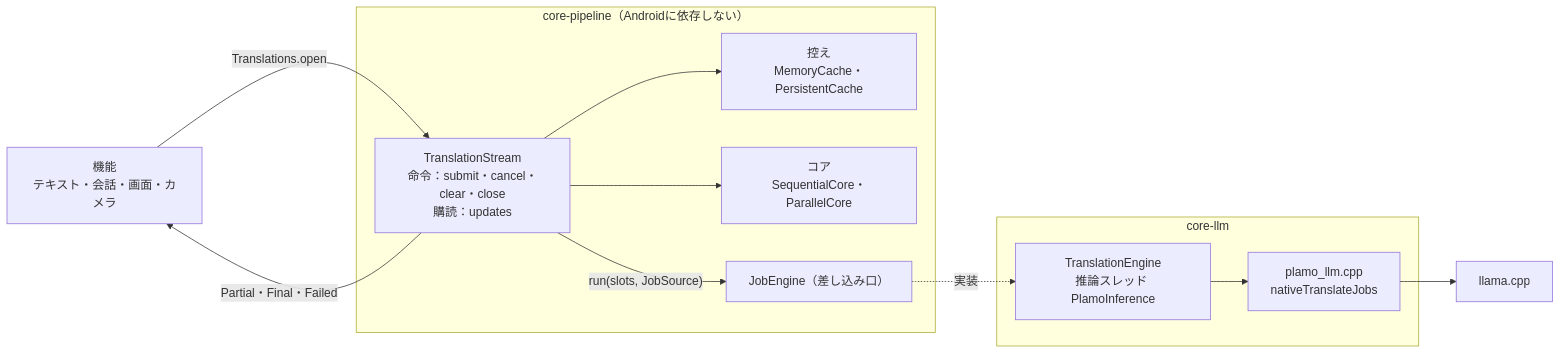
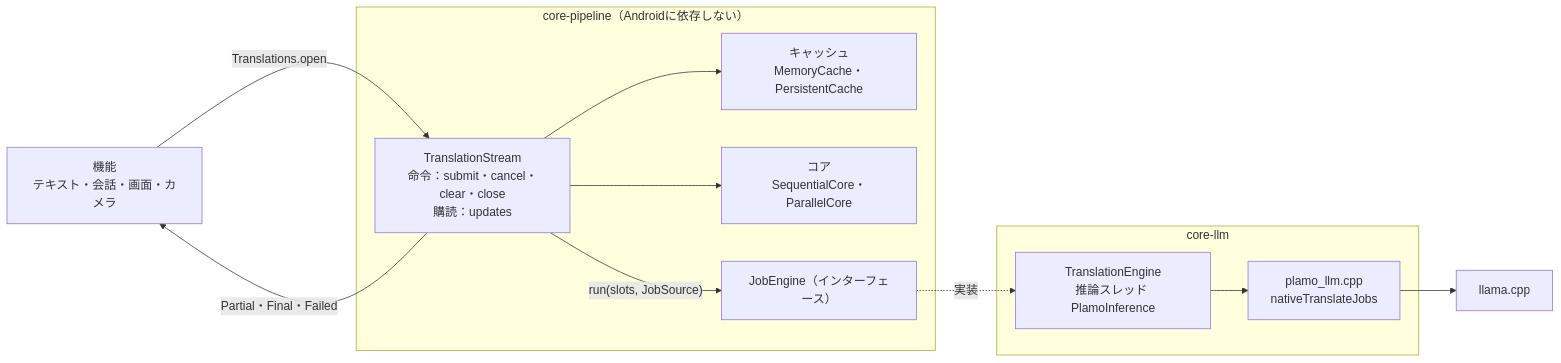
Before and after one commit to kagerouttepaso/PlamoTranslate: the diagram in docs/設計/翻訳コア.md, drawn with Mermaid. The commit also changed other lines of this file and 192 other files, not shown here.

````diff
--- a/docs/設計/翻訳コア.md
+++ b/docs/設計/翻訳コア.md
@@ -9,19 +9,19 @@
 ```mermaid
 flowchart LR
   F["機能<br>テキスト・会話・画面・カメラ"] -- "Translations.open" --> TS
   subgraph CP["core-pipeline（Androidに依存しない）"]
     TS["TranslationStream<br>命令：submit・cancel・clear・close<br>購読：updates"]
-    M["控え<br>MemoryCache・PersistentCache"]
+    M["キャッシュ<br>MemoryCache・PersistentCache"]
     C["コア<br>SequentialCore・ParallelCore"]
-    JE["JobEngine（差し込み口）"]
+    JE["JobEngine（インターフェース）"]
   end
   subgraph LL["core-llm"]
     TE["TranslationEngine<br>推論スレッド PlamoInference"]
     N["plamo_llm.cpp<br>nativeTranslateJobs"]
   end
   TS --> M
   TS --> C
   TS -- "run(slots, JobSource)" --> JE
   JE -. 実装 .-> TE --> N --> L["llama.cpp"]
   TS -- "Partial・Final・Failed" --> F
 ```
````
